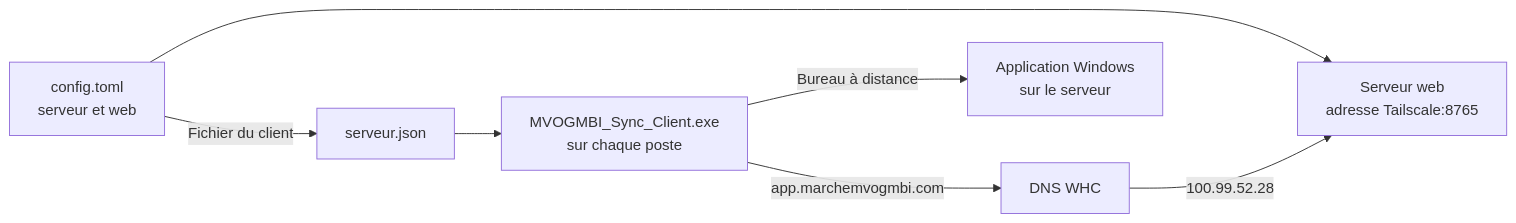
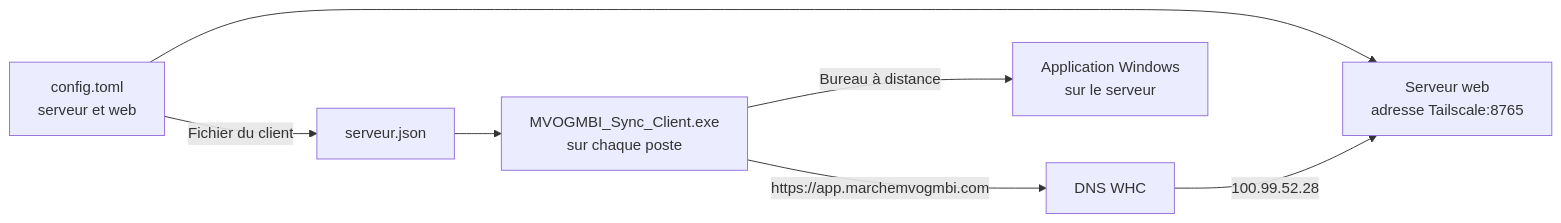
Before and after one commit to mteingueng-dot/MVOGMBI_Sync_2026.1: diagram 13 of 18 in ARCHITECTURE.md, drawn with Mermaid. The commit also changed other lines of this file and 31 other files, not shown here.

Commit message:
Version 2.16.0 : prix de vente Sage depuis Clover, HTTPS sans port (Let's Encrypt par DNS)

````diff
--- a/ARCHITECTURE.md
+++ b/ARCHITECTURE.md
@@ -473,9 +474,9 @@
 ```mermaid
 flowchart LR
     CFG[config.toml<br/>serveur et web] --> W[Serveur web<br/>adresse Tailscale:8765]
     CFG -->|Fichier du client| J[serveur.json]
     J --> CL[MVOGMBI_Sync_Client.exe<br/>sur chaque poste]
-    CL -->|app.marchemvogmbi.com| DNS[DNS WHC]
+    CL -->|https://app.marchemvogmbi.com| DNS[DNS WHC]
     DNS -->|100.99.52.28| W
     CL -->|Bureau à distance| RDP[Application Windows<br/>sur le serveur]
 ```
````
